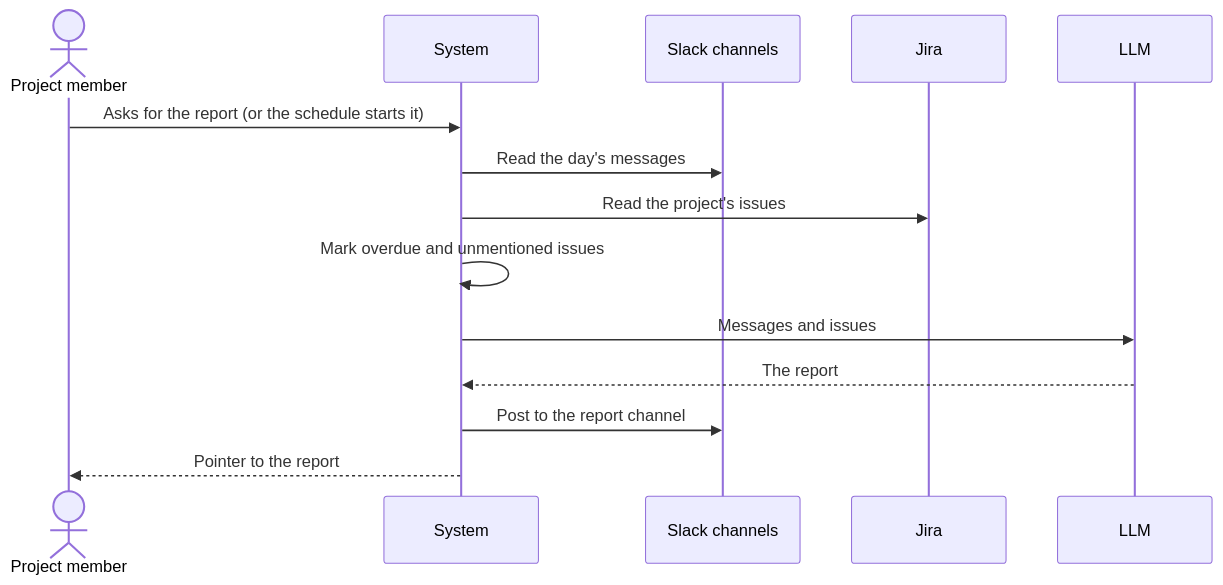
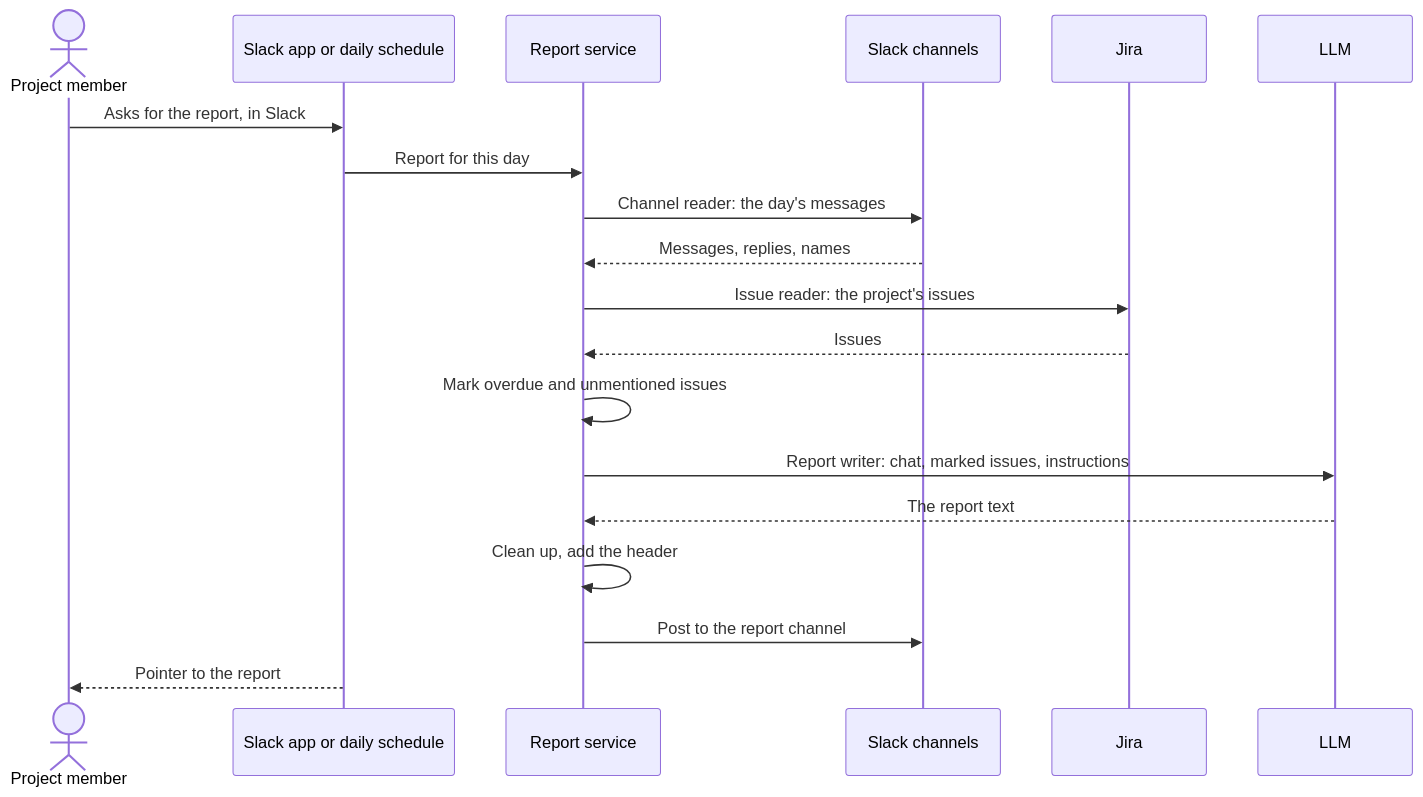
Before and after one commit to phuc-nt/slack-web-automation-poc: the first of 2 diagrams in docs/poc/02-daily-report.md, drawn with Mermaid. The commit also changed other lines of this file and 1 other file, not shown here.

First line of the commit message:
Detail the flow and name the tech stack in the POC docs

````diff
--- a/docs/poc/02-daily-report.md
+++ b/docs/poc/02-daily-report.md
@@ -42,17 +83,22 @@
 ```mermaid
 sequenceDiagram
     actor M as Project member
-    participant S as System
+    participant A as Slack app or daily schedule
+    participant R as Report service
     participant K as Slack channels
     participant J as Jira
     participant L as LLM
 
-    M->>S: Asks for the report (or the schedule starts it)
-    S->>K: Read the day's messages
-    S->>J: Read the project's issues
-    S->>S: Mark overdue and unmentioned issues
-    S->>L: Messages and issues
-    L-->>S: The report
-    S->>K: Post to the report channel
-    S-->>M: Pointer to the report
+    M->>A: Asks for the report, in Slack
+    A->>R: Report for this day
+    R->>K: Channel reader: the day's messages
+    K-->>R: Messages, replies, names
+    R->>J: Issue reader: the project's issues
+    J-->>R: Issues
+    R->>R: Mark overdue and unmentioned issues
+    R->>L: Report writer: chat, marked issues, instructions
+    L-->>R: The report text
+    R->>R: Clean up, add the header
+    R->>K: Post to the report channel
+    A-->>M: Pointer to the report
 ```
````
